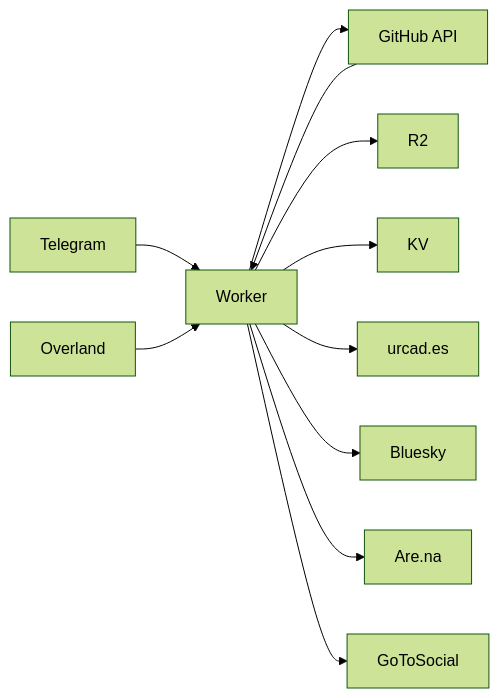
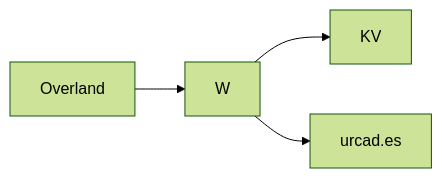
One commit to urcades/urcad.es changed the diagram in readme.md. Above: the diagram before and after it, drawn with Mermaid (forest theme). The commit also changed other lines of this file and 6 other files, not shown here.

````diff
--- a/readme.md
+++ b/readme.md
@@ -79,13 +78,6 @@
 ```mermaid
 flowchart LR
-    TG[Telegram] --> W[Worker]
     OV[Overland] --> W
-    W --> GH[GitHub API]
-    W --> R2[R2]
     W --> KV[KV]
-    GH --> W
     W --> Site[urcad.es]
-    W --> BS[Bluesky]
-    W --> AR[Are.na]
-    W --> GTS[GoToSocial]
 ```
````
